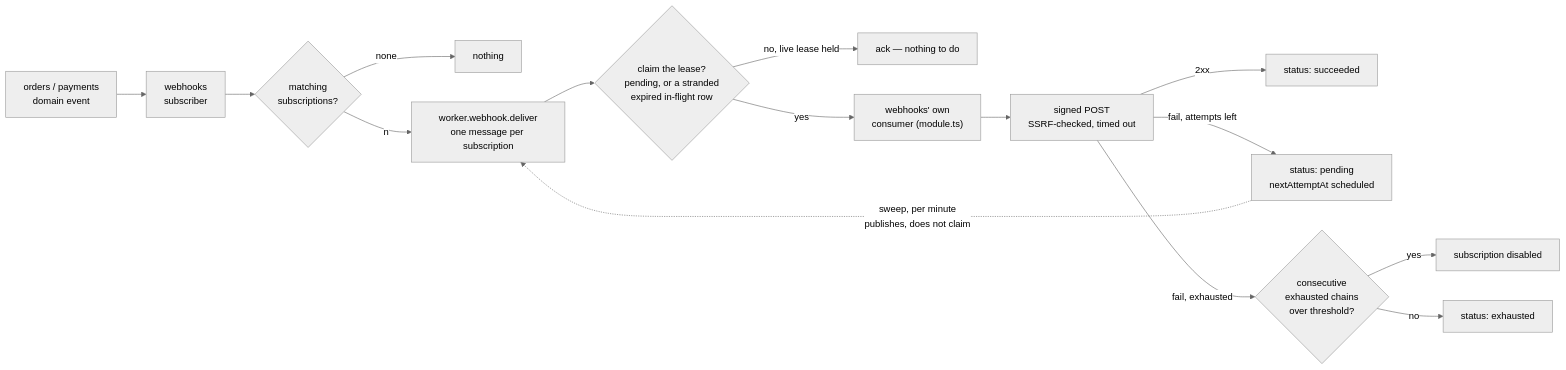
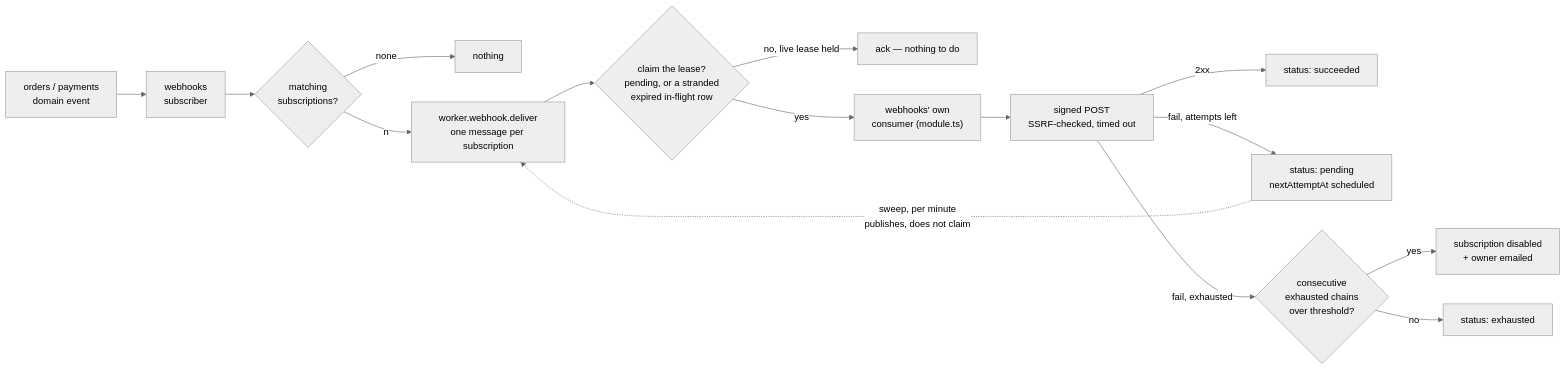
Before and after one commit to Guebbit/boilerplate-node-backend: the third of 3 diagrams in docs/modules/webhooks.md, drawn with Mermaid (neutral theme). The commit also changed other lines of this file and 11 other files, not shown here.

First line of the commit message:
feat(webhooks): notify the subscription owner when it auto-disables

````diff
--- a/docs/modules/webhooks.md
+++ b/docs/modules/webhooks.md
@@ -97,17 +97,17 @@
 ```mermaid
 flowchart LR
     SVC["orders / payments<br/>domain event"] --> PUB["webhooks<br/>subscriber"]
     PUB --> MATCH{"matching<br/>subscriptions?"}
     MATCH -->|none| DROP["nothing"]
     MATCH -->|n| Q["worker.webhook.deliver<br/>one message per subscription"]
     Q --> CLAIM{"claim the lease?<br/>pending, or a stranded<br/>expired in-flight row"}
     CLAIM -->|no, live lease held| ACK["ack — nothing to do"]
     CLAIM -->|yes| W["webhooks' own<br/>consumer (module.ts)"]
     W --> HTTP["signed POST<br/>SSRF-checked, timed out"]
     HTTP -->|2xx| OK["status: succeeded"]
     HTTP -->|fail, attempts left| BACK["status: pending<br/>nextAttemptAt scheduled"]
     HTTP -->|fail, exhausted| DIS{"consecutive<br/>exhausted chains<br/>over threshold?"}
-    DIS -->|yes| OFF["subscription disabled"]
+    DIS -->|yes| OFF["subscription disabled<br/>+ owner emailed"]
     DIS -->|no| DONE["status: exhausted"]
     BACK -.->|sweep, per minute<br/>publishes, does not claim| Q
 ```
````
